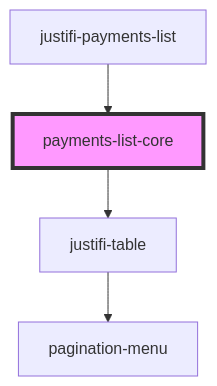
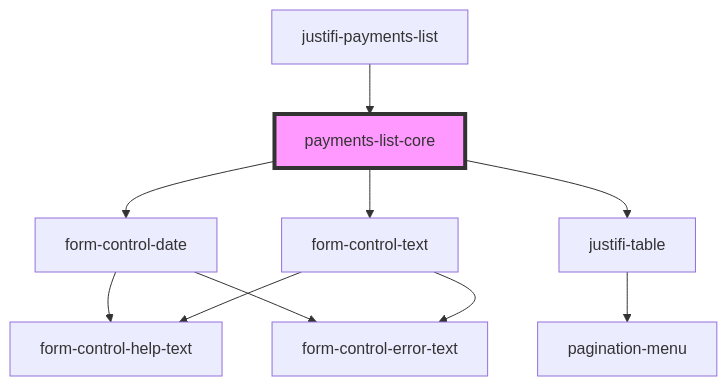
Before and after one commit to justifi-tech/web-component-library: the diagram in packages/webcomponents/src/components/payments-list/readme.md, drawn with Mermaid. The commit also changed other lines of this file and 11 other files, not shown here.

````diff
--- a/packages/webcomponents/src/components/payments-list/readme.md
+++ b/packages/webcomponents/src/components/payments-list/readme.md
@@ -34,7 +36,13 @@
 ```mermaid
 graph TD;
+  payments-list-core --> form-control-date
+  payments-list-core --> form-control-text
   payments-list-core --> justifi-table
+  form-control-date --> form-control-help-text
+  form-control-date --> form-control-error-text
+  form-control-text --> form-control-help-text
+  form-control-text --> form-control-error-text
   justifi-table --> pagination-menu
   justifi-payments-list --> payments-list-core
   style payments-list-core fill:#f9f,stroke:#333,stroke-width:4px
 ```
````
